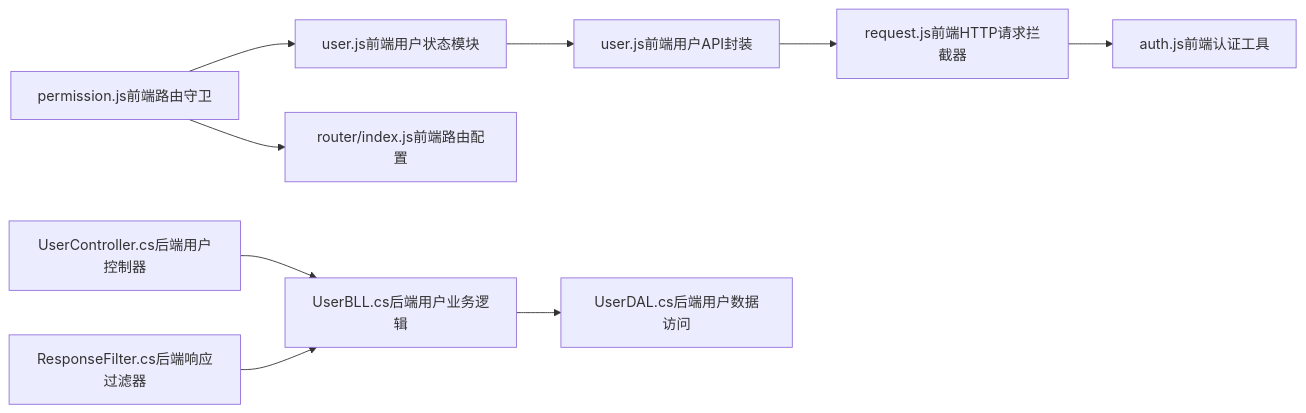
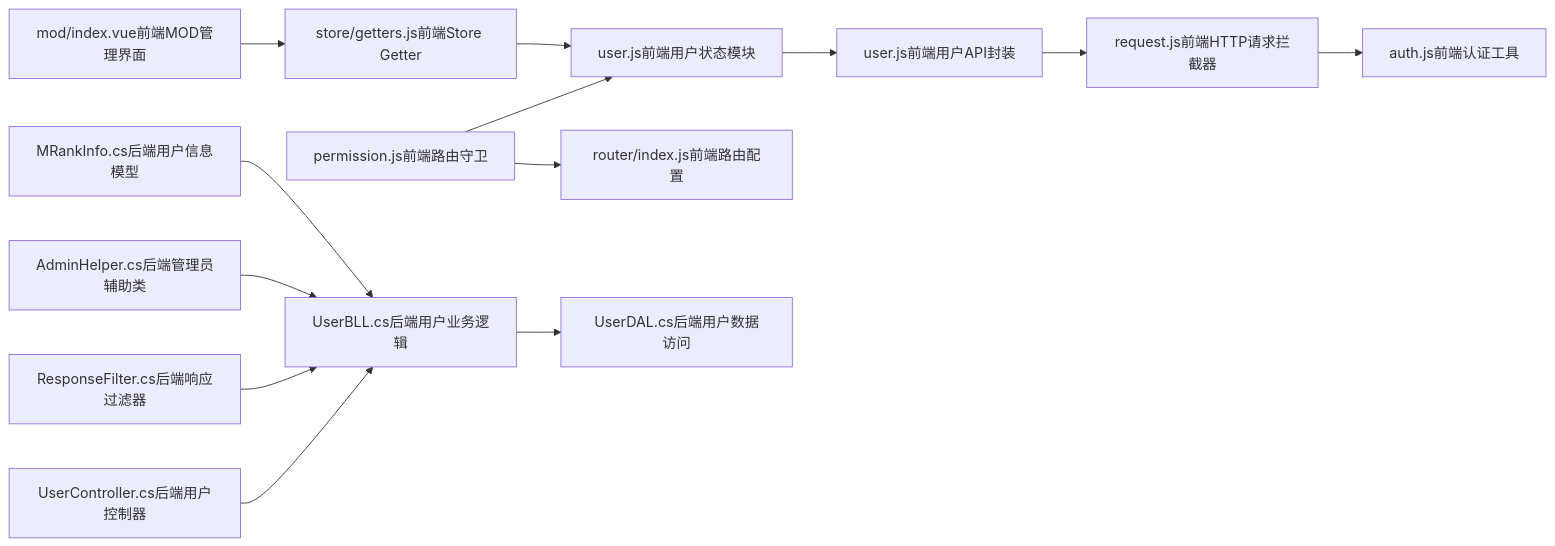
One commit to TinyMaD/SpeedRunnersLab changed diagram 11 of 11 in .qoder/repowiki/zh/content/前端应用/状态管理/用户状态模块.md. Above: the diagram before and after it, drawn with Mermaid. The commit also changed other lines of this file and 29 other files, not shown here.

````diff
--- a/.qoder/repowiki/zh/content/前端应用/状态管理/用户状态模块.md
+++ b/.qoder/repowiki/zh/content/前端应用/状态管理/用户状态模块.md
@@ -356,11 +440,15 @@
 ```mermaid
 graph LR
 A["user.js前端用户状态模块"] --> B["user.js前端用户API封装"]
 B --> C["request.js前端HTTP请求拦截器"]
 C --> D["auth.js前端认证工具"]
 E["permission.js前端路由守卫"] --> A
 E --> F["router/index.js前端路由配置"]
 G["UserController.cs后端用户控制器"] --> H["UserBLL.cs后端用户业务逻辑"]
 H --> I["UserDAL.cs后端用户数据访问"]
 J["ResponseFilter.cs后端响应过滤器"] --> H
+K["mod/index.vue前端MOD管理界面"] --> L["store/getters.js前端Store Getter"]
+L --> A
+M["AdminHelper.cs后端管理员辅助类"] --> H
+N["MRankInfo.cs后端用户信息模型"] --> H
 ```
````
